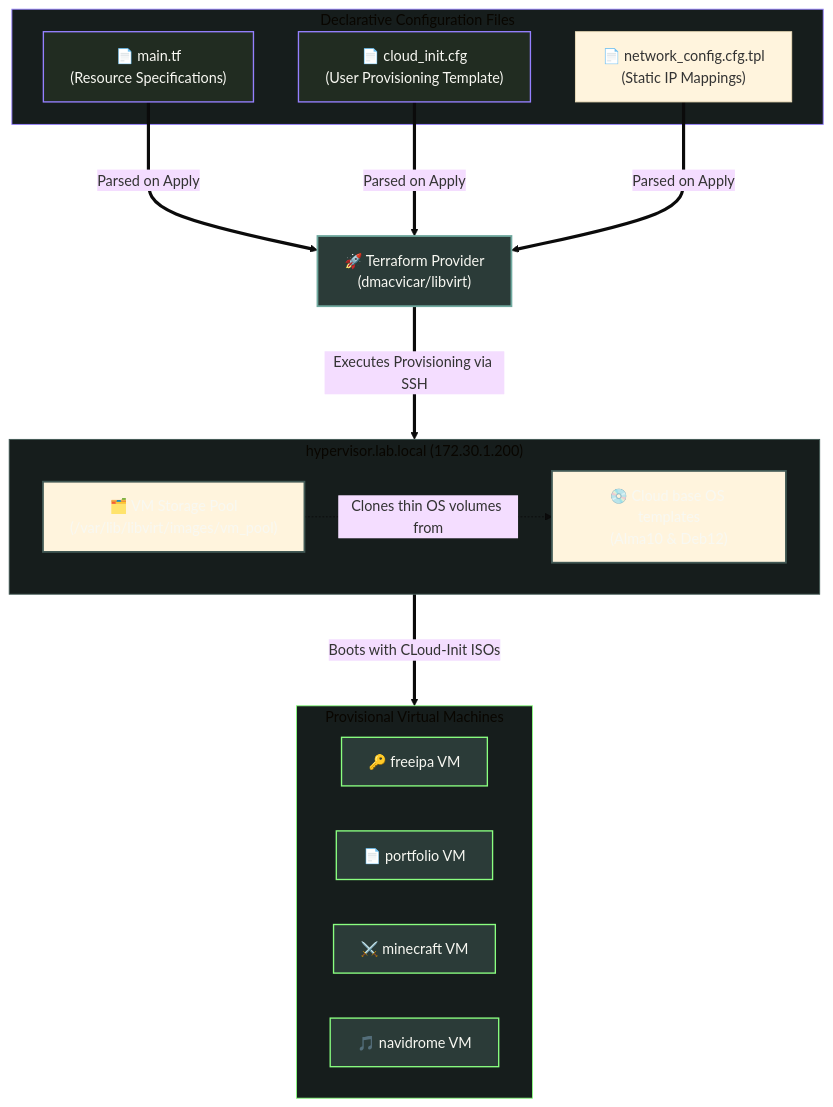
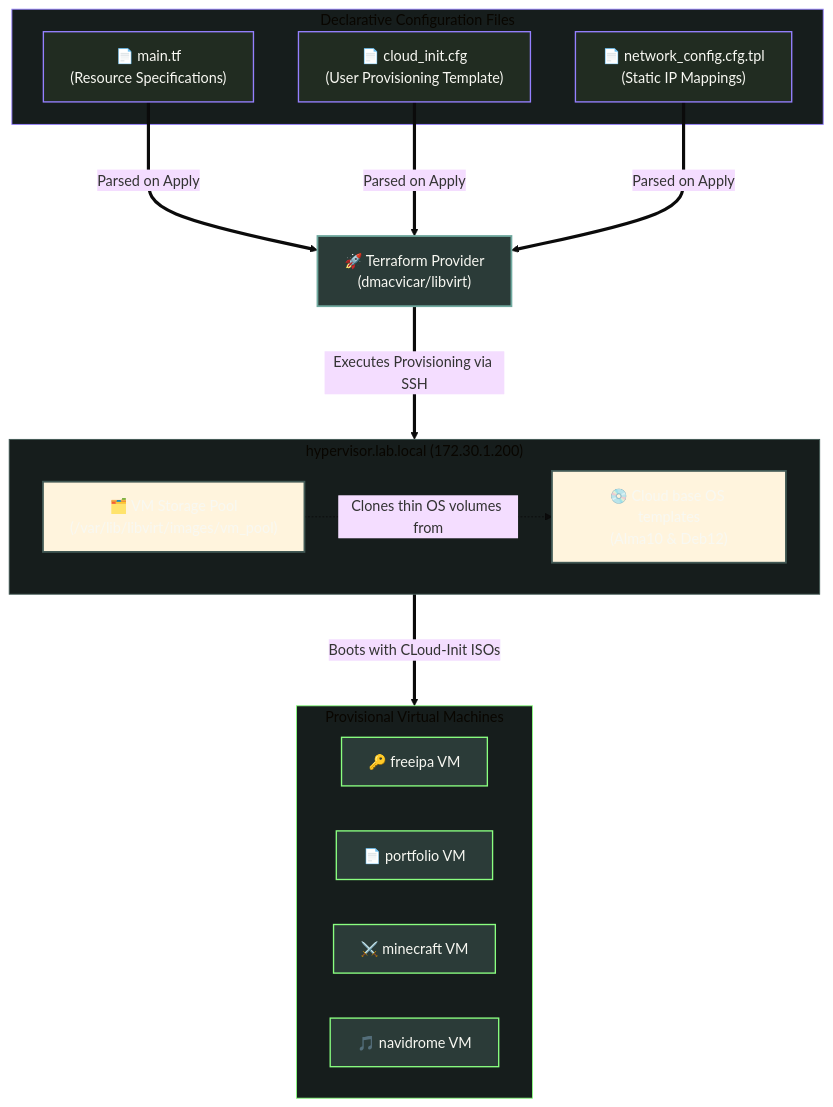
The diagram in docs/03-terraform.md (Isshi0417/homelab-server-v3), drawn with Mermaid (base theme) before and after one commit.

````diff
--- a/docs/03-terraform.md
+++ b/docs/03-terraform.md
@@ -11,38 +11,38 @@
 ```mermaid
 graph TD
     %% My Color Palette
     classDef inputNode fill:#212c21,stroke:#9580ff,color:#f8f8f2,stroke-width:1.5px;
     classDef tfNode fill:#2b3b38,stroke:#70a99f,color:#f8f8f2,stroke-width:2px;
     classDef hostNode fill:#161dc,stroke:#415854,color:#f8f8f2,stroke-width:2px;
     classDef guestNode fill:#2b3b38,stroke:#8aff80,color:#f8f8f2,stroke-width:1.5px;
 
     subgraph Configs ["Declarative Configuration Files"]
         MainTF["📄 main.tf<br>(Resource Specifications)"]:::inputNode
         CloudInit["📄 cloud_init.cfg<br>(User Provisioning Template)"]:::inputNode
-        NetConfig["📄 network_config.cfg.tpl<br>(Static IP Mappings)"]:::inputNOde
+        NetConfig["📄 network_config.cfg.tpl<br>(Static IP Mappings)"]:::inputNode
     end
 
     Terraform["🚀 Terraform Provider<br>(dmacvicar/libvirt)"]:::tfNode
 
     subgraph Host ["hypervisor.lab.local (172.30.1.200)"]
         BaseImages["💿 Cloud base OS templates<br>(Alma10 & Deb12)"]:::hostNode
         StoragePool["🗂️ VM Storage Pool<br>(/var/lib/libvirt/images/vm_pool)"]:::hostNode
     end
 
     subgraph Guests ["Provisional Virtual Machines"]
         freeipa["🔑 freeipa VM"]:::guestNode
         portfolio["📄 portfolio VM"]:::guestNode
         minecraft["⚔️ minecraft VM"]:::guestNode
         navidrome["🎵 navidrome VM"]:::guestNode
     end
 
     MainTF & CloudInit & NetConfig ===>|Parsed on Apply| Terraform
     Terraform ===>|Executes Provisioning via SSH| Host
     StoragePool -.->|Clones thin OS volumes from| BaseImages
     Host ===>|Boots with CLoud-Init ISOs| Guests
 
     %% Subgraph Colors
     style Configs fill:#161d1c,stroke:#9580ff,stroke-width:1px;
     style Host fill:#161d1c,stroke:#415854,stroke-width:1px;
     style Guests fill:#161d1c,stroke:#8aff80,stroke-width:1px;
 ```
````
